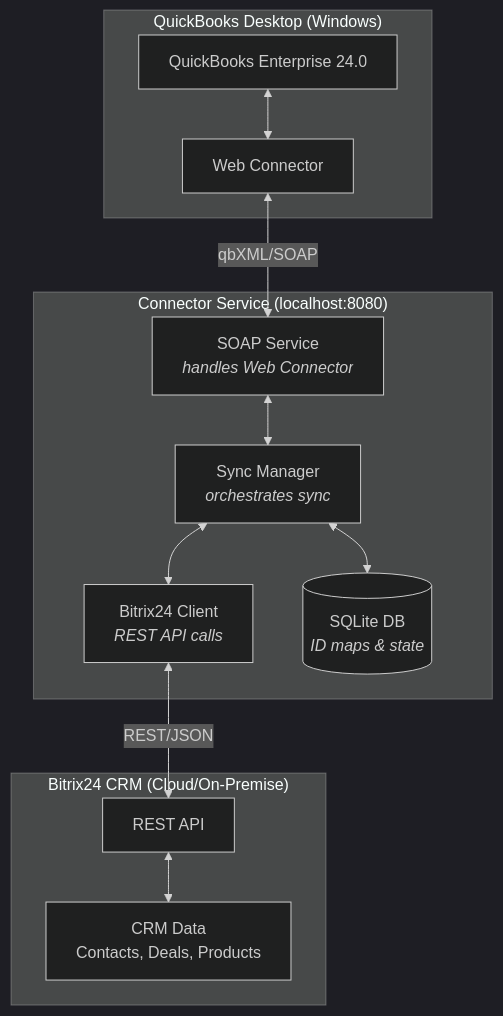
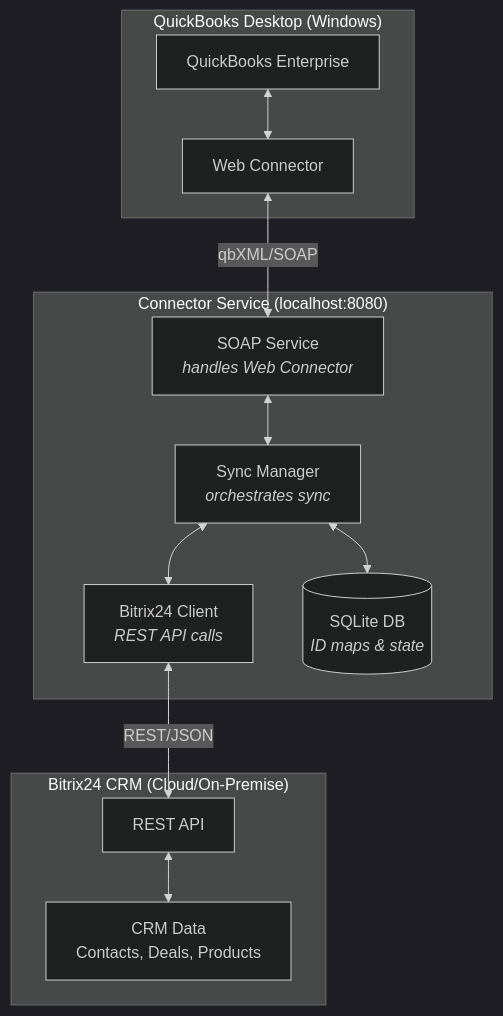
The fourth of 4 diagrams in README.md (botpros-admin/qb-bitrix-connector), drawn with Mermaid (dark theme) before and after one commit. The commit also changed other lines of this file, not shown here.

First line of the commit message:
Completely restructure README with logical flow

````diff
--- a/README.md
+++ b/README.md
@@ -88,28 +431,28 @@
 ```mermaid
 flowchart TB
     subgraph QBSide["QuickBooks Desktop (Windows)"]
-        QBApp["QuickBooks Enterprise 24.0"]
+        QBApp["QuickBooks Enterprise"]
         WebConn["Web Connector"]
         QBApp <--> WebConn
     end
 
     subgraph ConnectorService["Connector Service (localhost:8080)"]
         SOAP["SOAP Service<br/><i>handles Web Connector</i>"]
         SyncMgr["Sync Manager<br/><i>orchestrates sync</i>"]
         B24Client["Bitrix24 Client<br/><i>REST API calls</i>"]
         SQLite[("SQLite DB<br/><i>ID maps & state</i>")]
 
         SOAP <--> SyncMgr
         SyncMgr <--> B24Client
         SyncMgr <--> SQLite
     end
 
     subgraph BitrixSide["Bitrix24 CRM (Cloud/On-Premise)"]
         B24API["REST API"]
         B24Data["CRM Data<br/>Contacts, Deals, Products"]
         B24API <--> B24Data
     end
 
     WebConn <-->|"qbXML/SOAP"| SOAP
     B24Client <-->|"REST/JSON"| B24API
 ```
````
